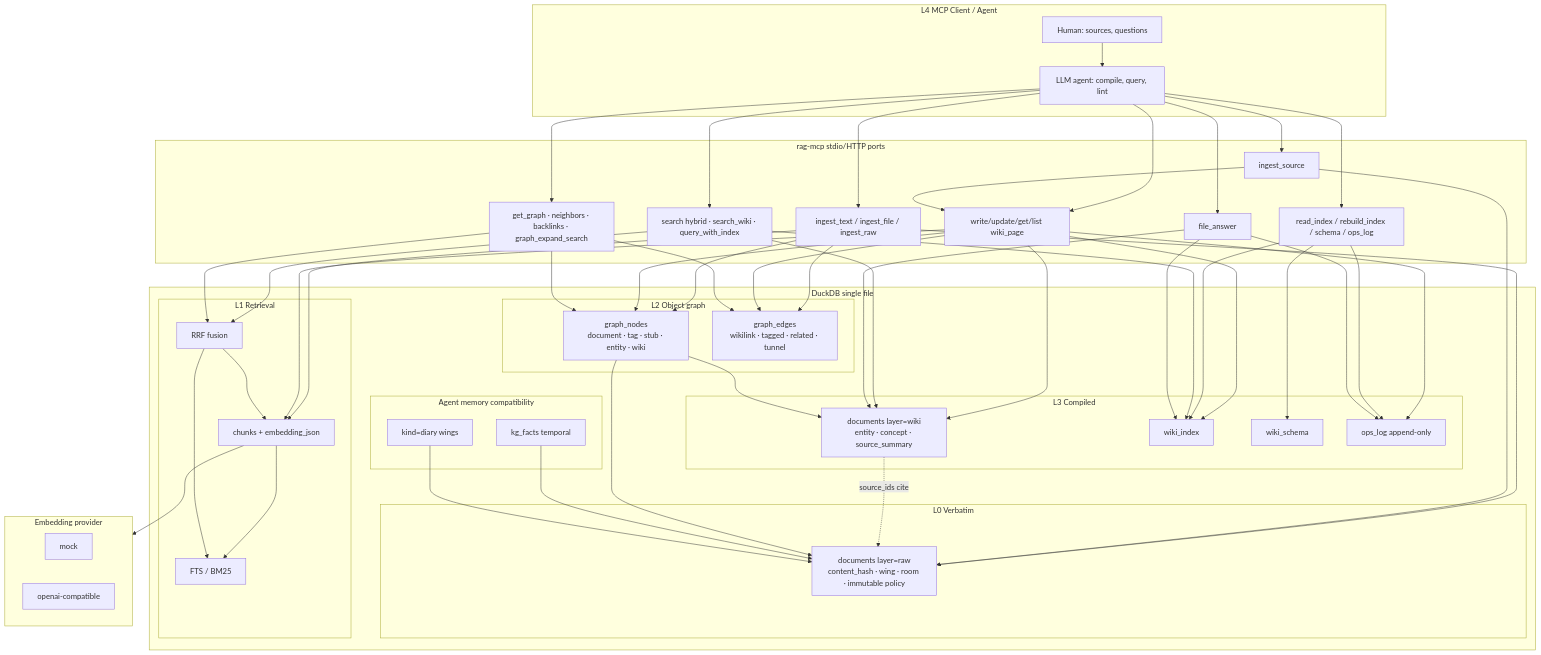
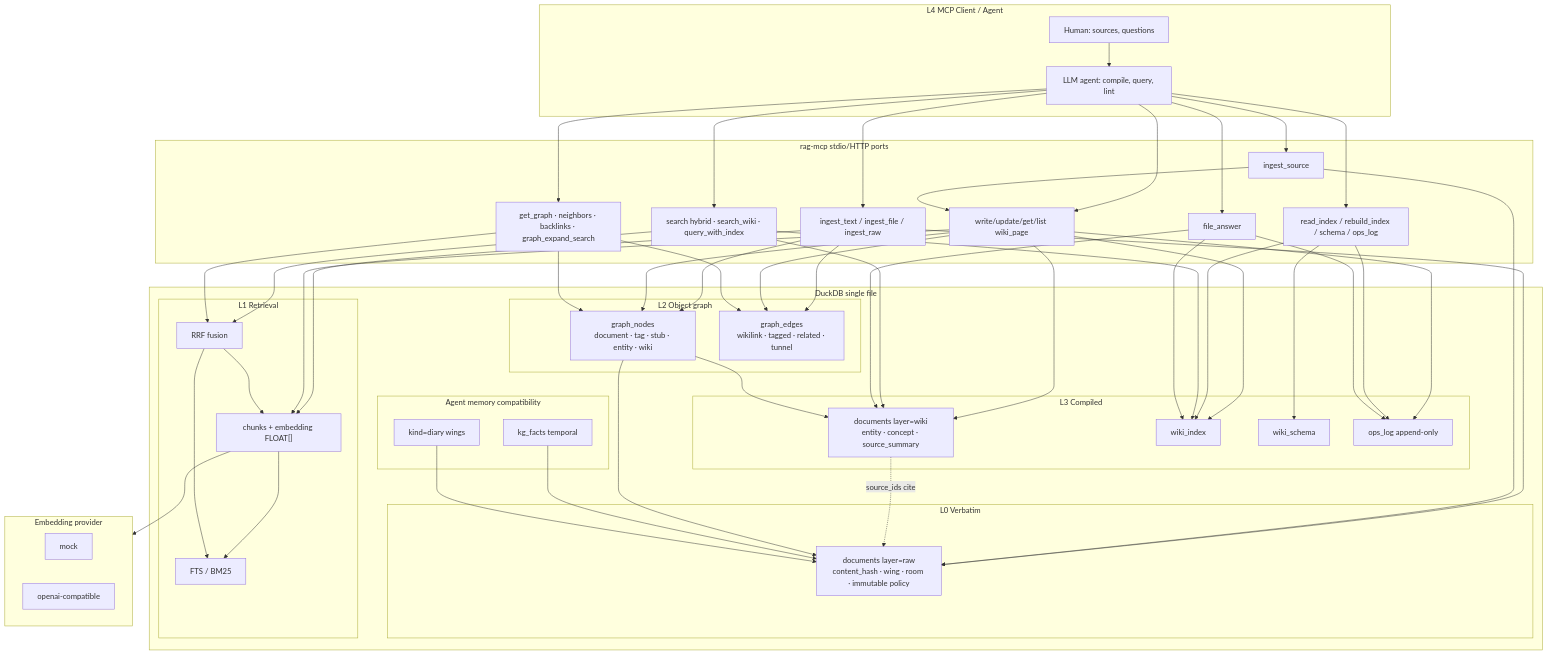
Before and after one commit to themoretheless/rag: the first of 2 diagrams in docs/ARCHITECTURE_NOTES.md, drawn with Mermaid. The commit also changed other lines of this file and 18 other files, not shown here.

```diff
--- a/docs/ARCHITECTURE_NOTES.md
+++ b/docs/ARCHITECTURE_NOTES.md
@@ -331,7 +331,7 @@
       Raw["documents layer=raw\ncontent_hash · wing · room · immutable policy"]
     end
     subgraph L1["L1 Retrieval"]
-      Chunks["chunks + embedding_json"]
+      Chunks["chunks + embedding FLOAT[]"]
       FTS["FTS / BM25"]
       RRF["RRF fusion"]
     end
```
